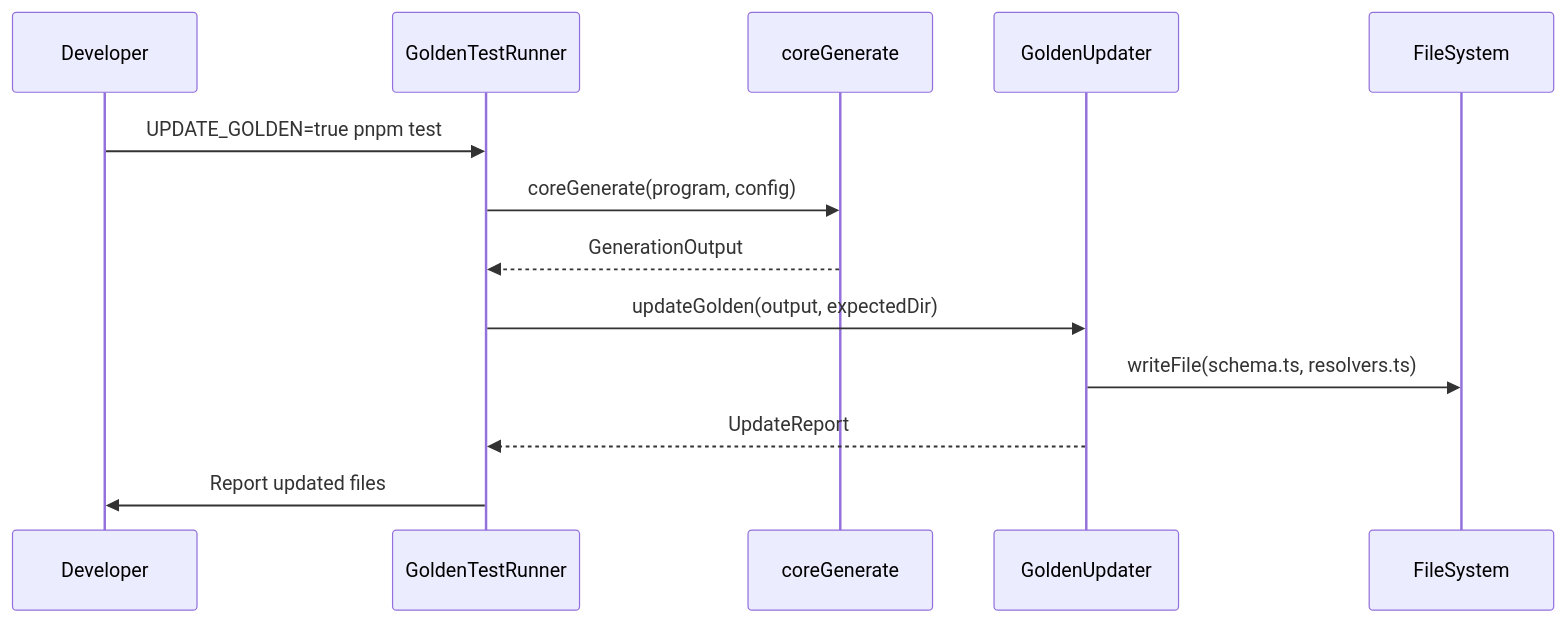
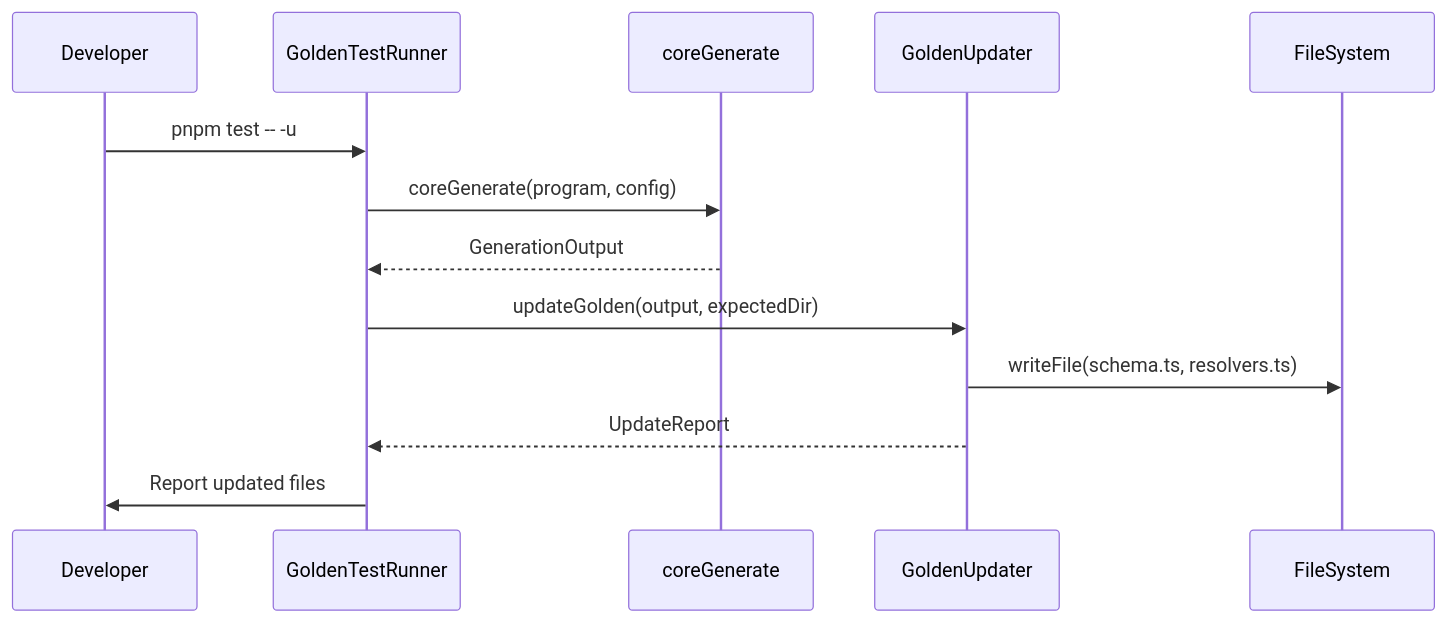
The third of 3 diagrams in .kiro/specs/0020-golden-file-testing/design.md (izumin5210/gqlkit), drawn with Mermaid before and after one commit. The commit also changed other lines of this file and 4 other files, not shown here.

````diff
--- a/.kiro/specs/0020-golden-file-testing/design.md
+++ b/.kiro/specs/0020-golden-file-testing/design.md
@@ -116,16 +116,16 @@
 ```mermaid
 sequenceDiagram
     participant Dev as Developer
     participant Runner as GoldenTestRunner
     participant Core as coreGenerate
     participant Updater as GoldenUpdater
     participant FS as FileSystem
 
-    Dev->>Runner: UPDATE_GOLDEN=true pnpm test
+    Dev->>Runner: pnpm test -- -u
     Runner->>Core: coreGenerate(program, config)
     Core-->>Runner: GenerationOutput
     Runner->>Updater: updateGolden(output, expectedDir)
     Updater->>FS: writeFile(schema.ts, resolvers.ts)
     Updater-->>Runner: UpdateReport
     Runner->>Dev: Report updated files
 ```
````
